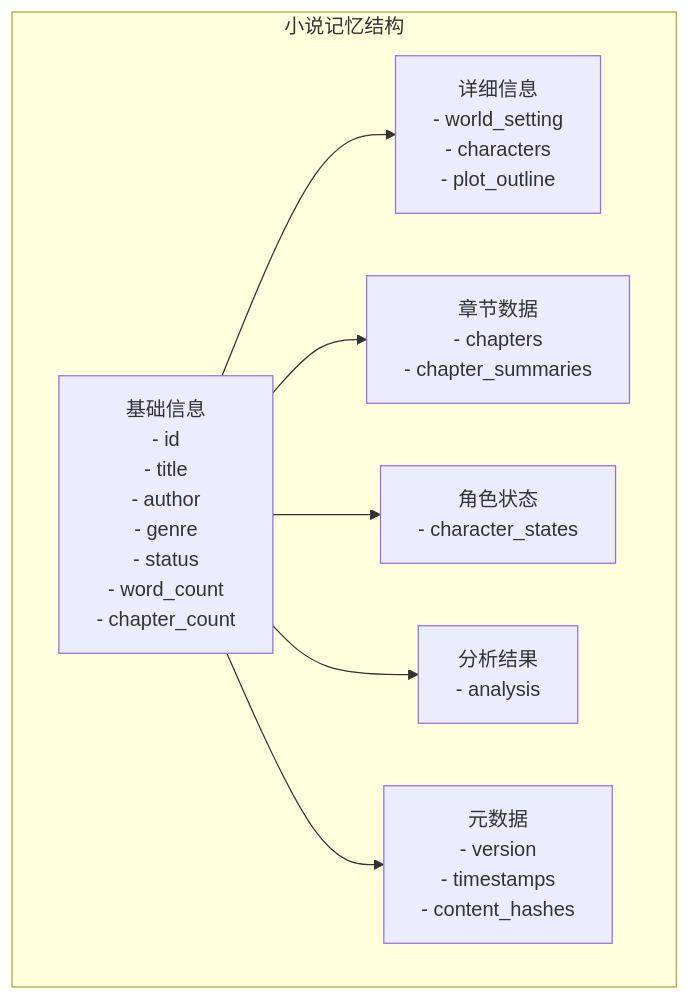
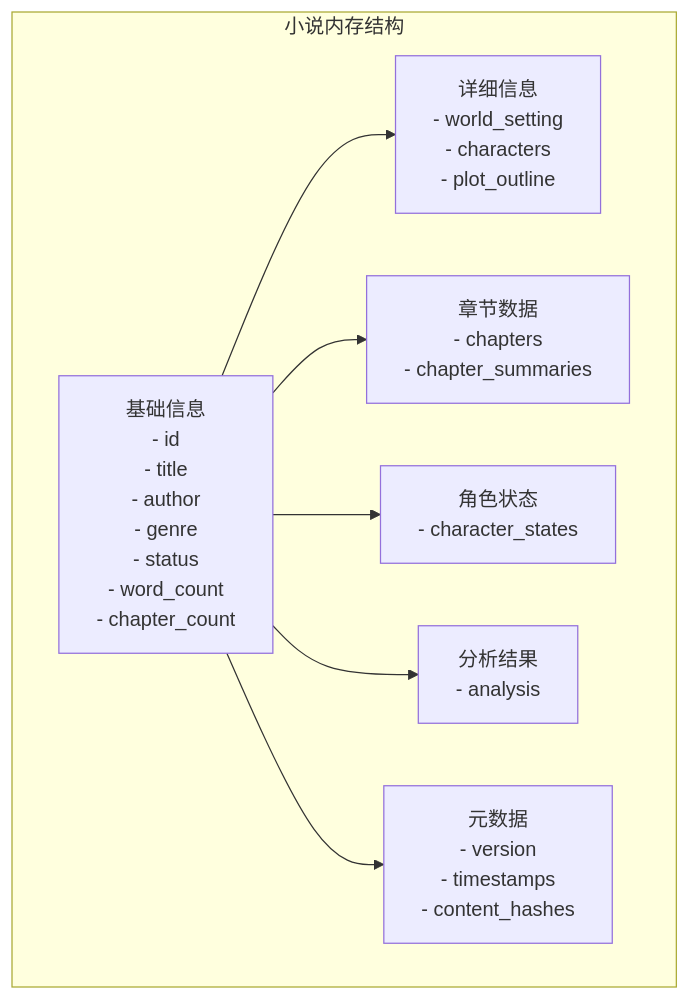
One commit to xfbyxq/ai-novel-system changed the fourth of 7 diagrams in .qoder/repowiki/zh/content/Memory Service.md. Above: the diagram before and after it, drawn with Mermaid. The commit also changed other lines of this file and 4 other files, not shown here.

````diff
--- a/.qoder/repowiki/zh/content/Memory Service.md
+++ b/.qoder/repowiki/zh/content/Memory Service.md
@@ -179,16 +188,16 @@
 ```mermaid
 graph TD
-subgraph "小说记忆结构"
+subgraph "小说内存结构"
 BASE[基础信息<br/>- id<br/>- title<br/>- author<br/>- genre<br/>- status<br/>- word_count<br/>- chapter_count]
 DETAILS[详细信息<br/>- world_setting<br/>- characters<br/>- plot_outline]
 CHAPTERS[章节数据<br/>- chapters<br/>- chapter_summaries]
 STATES[角色状态<br/>- character_states]
 ANALYSIS[分析结果<br/>- analysis]
 METADATA[元数据<br/>- version<br/>- timestamps<br/>- content_hashes]
 end
 BASE --> DETAILS
 BASE --> CHAPTERS
 BASE --> STATES
 BASE --> ANALYSIS
 BASE --> METADATA
 ```
````
